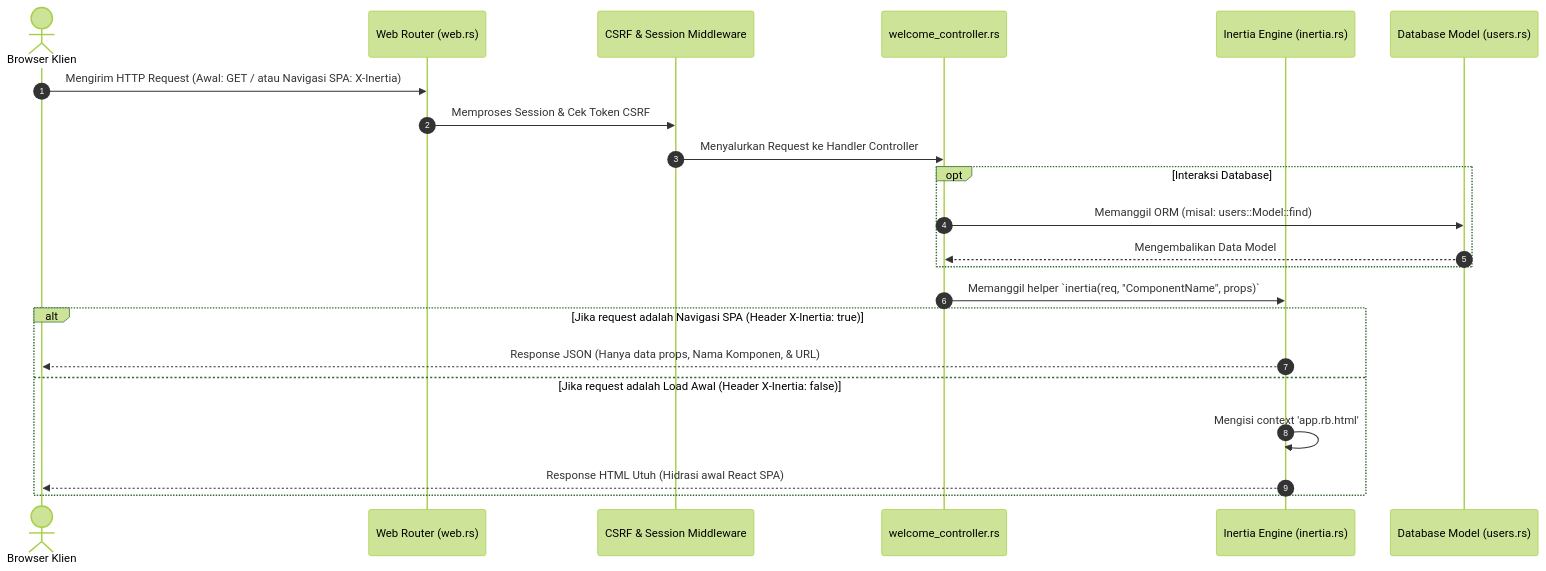
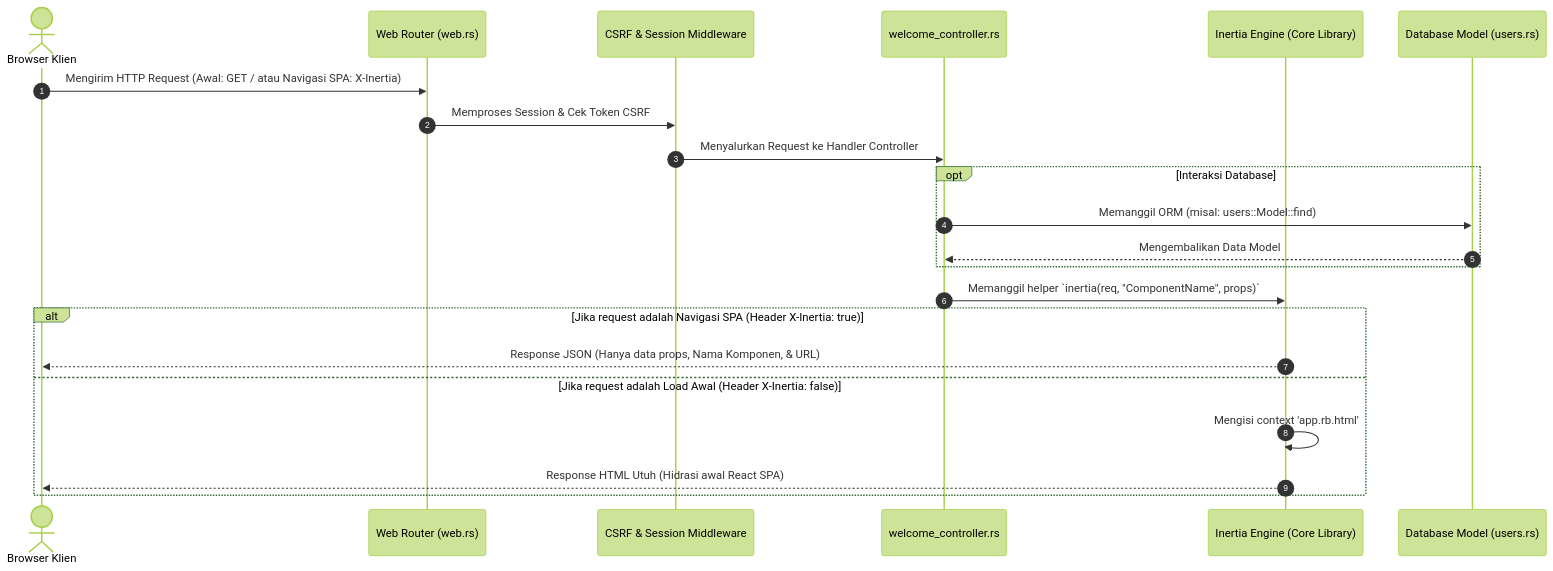
Before and after one commit to herisvan321/rustbasic: the diagram in docs/basics.md, drawn with Mermaid (forest theme). The commit also changed other lines of this file and 24 other files, not shown here.

````diff
--- a/docs/basics.md
+++ b/docs/basics.md
@@ -16,26 +16,26 @@
 ```mermaid
 sequenceDiagram
     autonumber
     actor Client as Browser Klien
     participant Router as Web Router (web.rs)
     participant Middleware as CSRF & Session Middleware
     participant Controller as welcome_controller.rs
-    participant Inertia as Inertia Engine (inertia.rs)
+    participant Inertia as Inertia Engine (Core Library)
     participant Model as Database Model (users.rs)
 
     Client->>Router: Mengirim HTTP Request (Awal: GET / atau Navigasi SPA: X-Inertia)
     Router->>Middleware: Memproses Session & Cek Token CSRF
     Middleware->>Controller: Menyalurkan Request ke Handler Controller
     opt Interaksi Database
         Controller->>Model: Memanggil ORM (misal: users::Model::find)
         Model-->>Controller: Mengembalikan Data Model
     end
     Controller->>Inertia: Memanggil helper `inertia(req, "ComponentName", props)`
     
     alt Jika request adalah Navigasi SPA (Header X-Inertia: true)
         Inertia-->>Client: Response JSON (Hanya data props, Nama Komponen, & URL)
     else Jika request adalah Load Awal (Header X-Inertia: false)
         Inertia->>Inertia: Mengisi context 'app.rb.html'
         Inertia-->>Client: Response HTML Utuh (Hidrasi awal React SPA)
     end
 ```
````
